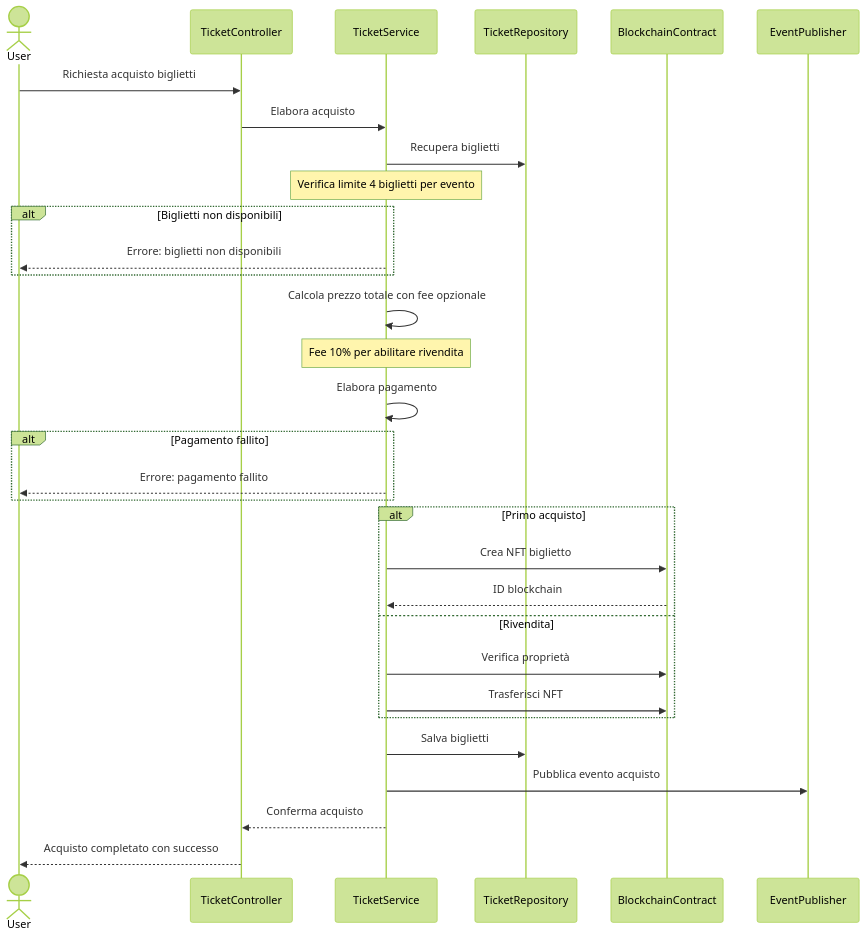
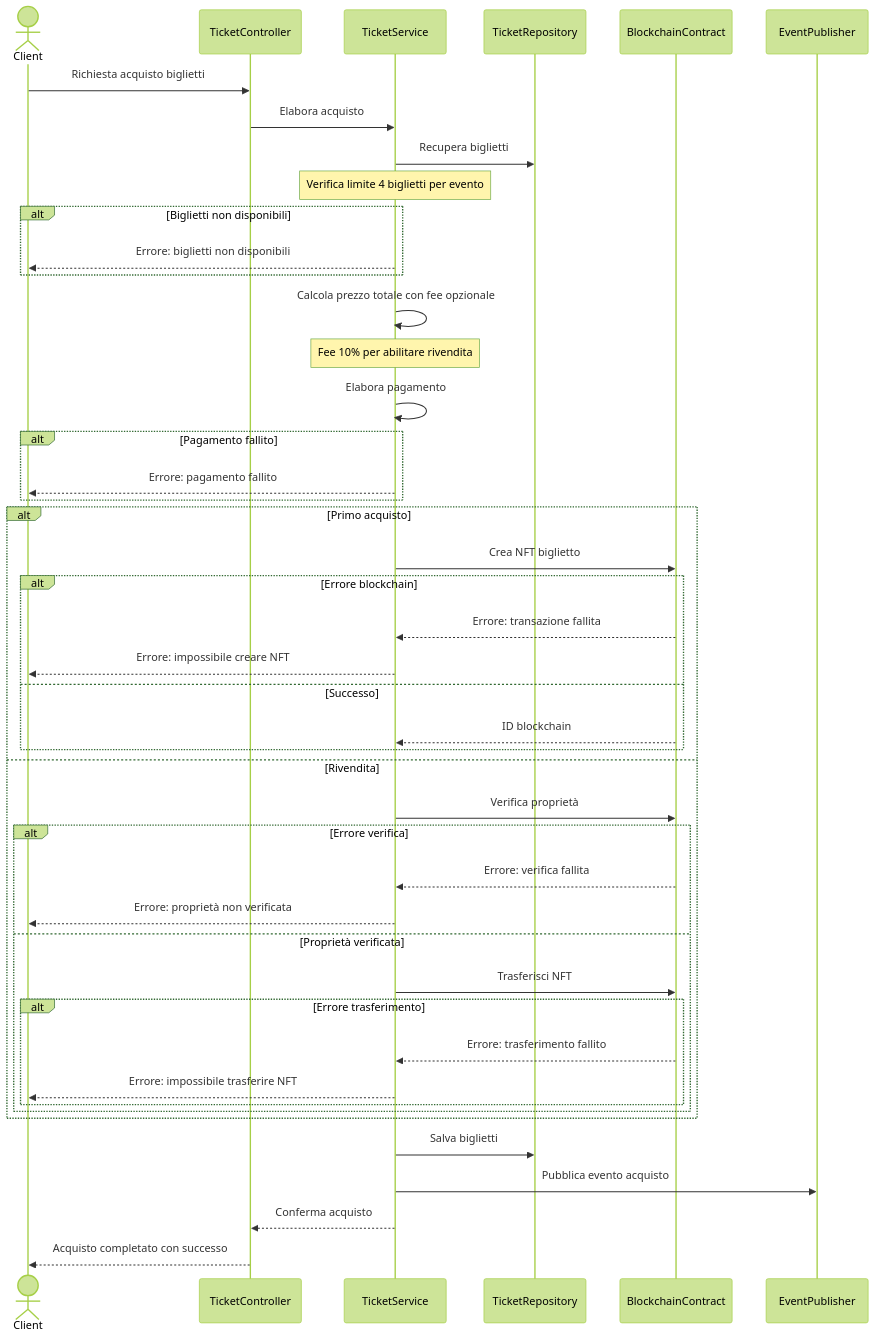
One commit to s-lusito/TicketBlock-Ing_Sw changed the diagram in docs/sequence-ticket-purchase.md. Above: the diagram before and after it, drawn with Mermaid (forest theme). The commit also changed 14 other files, not shown here.

Commit message:
Update diagrams: Client actor, blockchain errors, and add frontend class diagram

````diff
--- a/docs/sequence-ticket-purchase.md
+++ b/docs/sequence-ticket-purchase.md
@@ -5,42 +5,56 @@
 ```mermaid
 sequenceDiagram
-    actor User
+    actor Client
     participant TicketController
     participant TicketService
     participant TicketRepository
     participant BlockchainContract
     participant EventPublisher
 
-    User->>TicketController: Richiesta acquisto biglietti
+    Client->>TicketController: Richiesta acquisto biglietti
     TicketController->>TicketService: Elabora acquisto
     
     TicketService->>TicketRepository: Recupera biglietti
     Note over TicketService: Verifica limite 4 biglietti per evento
     
     alt Biglietti non disponibili
-        TicketService-->>User: Errore: biglietti non disponibili
+        TicketService-->>Client: Errore: biglietti non disponibili
     end
     
     TicketService->>TicketService: Calcola prezzo totale con fee opzionale
     Note over TicketService: Fee 10% per abilitare rivendita
     
     TicketService->>TicketService: Elabora pagamento
     
     alt Pagamento fallito
-        TicketService-->>User: Errore: pagamento fallito
+        TicketService-->>Client: Errore: pagamento fallito
     end
     
     alt Primo acquisto
         TicketService->>BlockchainContract: Crea NFT biglietto
-        BlockchainContract-->>TicketService: ID blockchain
+        alt Errore blockchain
+            BlockchainContract-->>TicketService: Errore: transazione fallita
+            TicketService-->>Client: Errore: impossibile creare NFT
+        else Successo
+            BlockchainContract-->>TicketService: ID blockchain
+        end
     else Rivendita
         TicketService->>BlockchainContract: Verifica proprietà
-        TicketService->>BlockchainContract: Trasferisci NFT
+        alt Errore verifica
+            BlockchainContract-->>TicketService: Errore: verifica fallita
+            TicketService-->>Client: Errore: proprietà non verificata
+        else Proprietà verificata
+            TicketService->>BlockchainContract: Trasferisci NFT
+            alt Errore trasferimento
+                BlockchainContract-->>TicketService: Errore: trasferimento fallito
+                TicketService-->>Client: Errore: impossibile trasferire NFT
+            end
+        end
     end
     
     TicketService->>TicketRepository: Salva biglietti
     TicketService->>EventPublisher: Pubblica evento acquisto
     
     TicketService-->>TicketController: Conferma acquisto
-    TicketController-->>User: Acquisto completato con successo
+    TicketController-->>Client: Acquisto completato con successo
 ```
````
